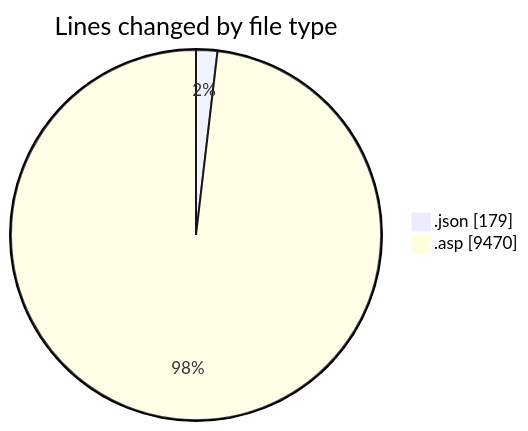
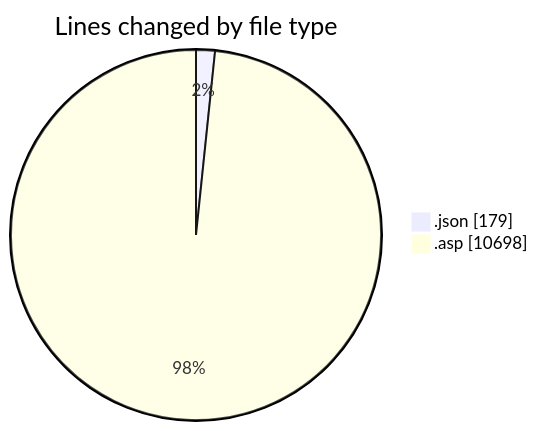
One commit to julien-gomy/code-tracking changed the first of 2 diagrams in 2025-11-17/cdp_aleoudev_fr__workspace_/README.md. Above: the diagram before and after it, drawn with Mermaid. The commit also changed other lines of this file and 1 other file, not shown here.

````diff
--- a/2025-11-17/cdp_aleoudev_fr__workspace_/README.md
+++ b/2025-11-17/cdp_aleoudev_fr__workspace_/README.md
@@ -29,6 +32,6 @@
 ```mermaid
 pie showData
 title Lines changed by file type
 ".json" : 179
-".asp" : 9470
+".asp" : 10698
 ```
````
